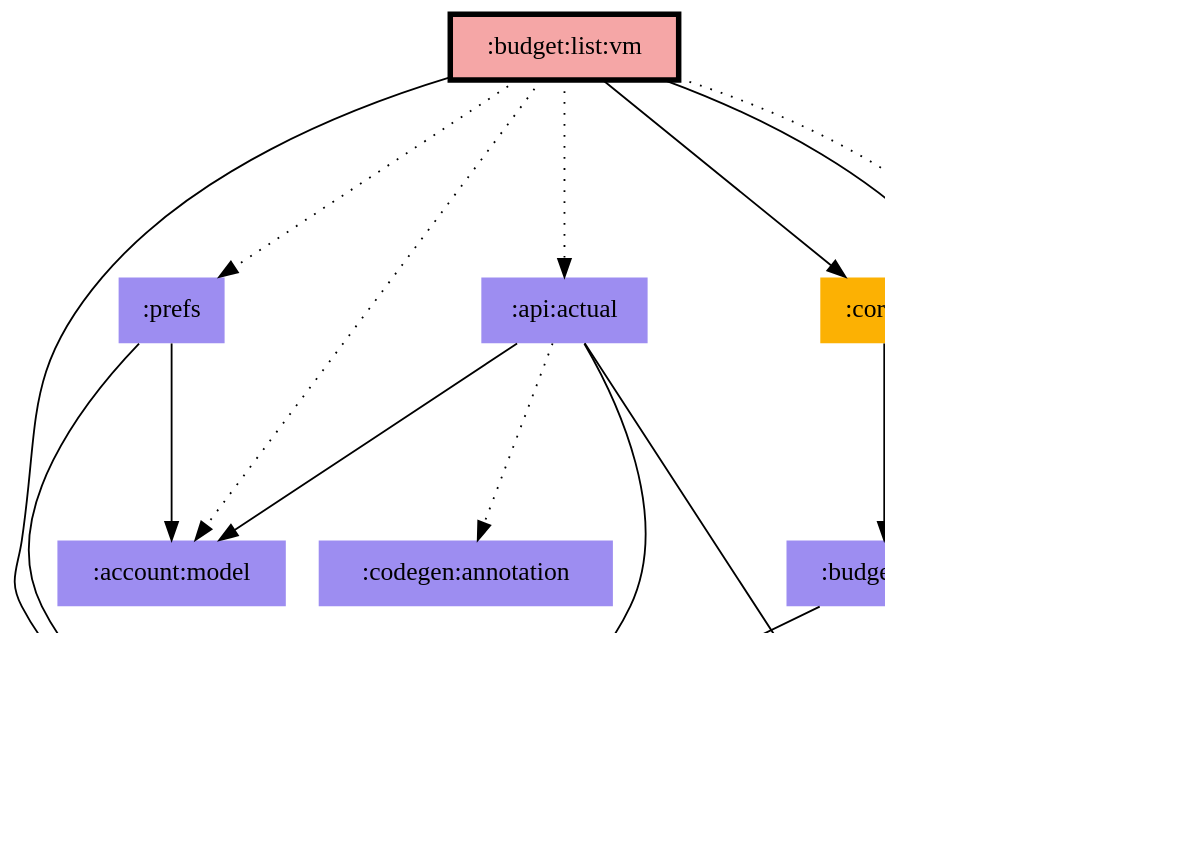
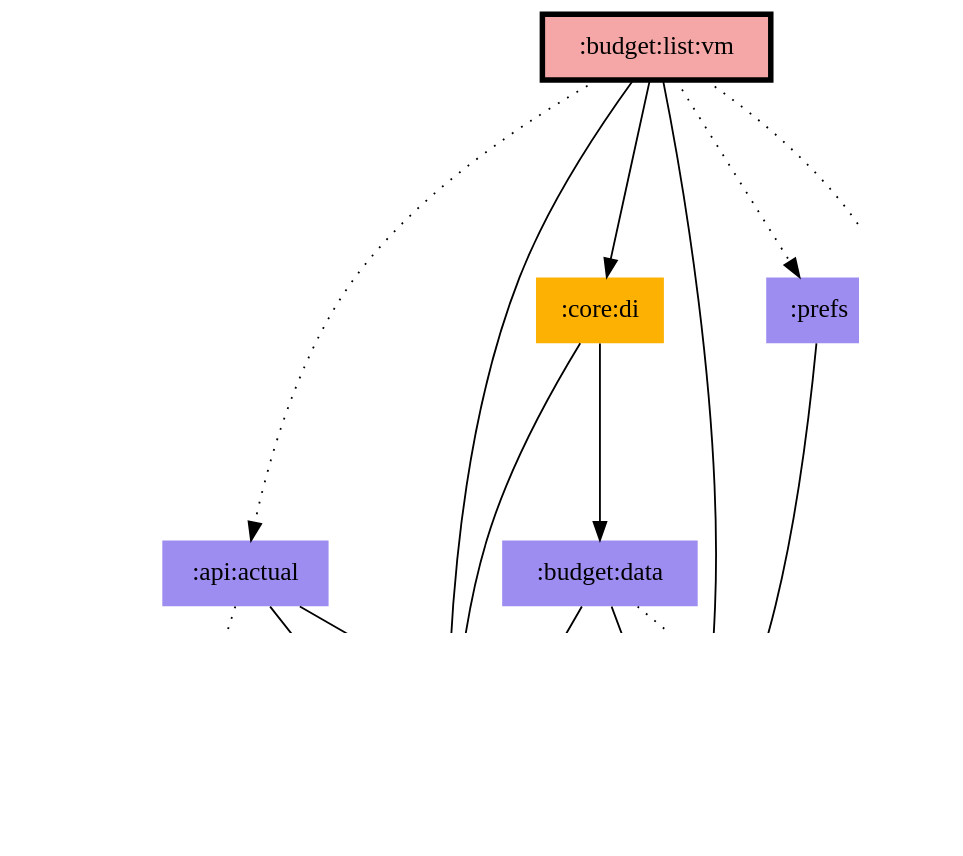
One commit to jonapoul/aktual changed the diagram in modules/budget/list/vm/modules.dot. Above: the diagram before and after it, drawn with Graphviz. The commit also changed 41 other files, not shown here.

Commit message:
Diagrams

```diff
--- a/modules/budget/list/vm/modules.dot
+++ b/modules/budget/list/vm/modules.dot
@@ -1,33 +1,29 @@
 digraph {
 edge ["dir"="forward"]
 graph ["dpi"="100","fontsize"="30","ranksep"="1.5","rankdir"="TB"]
 node ["style"="filled"]
-":account:model" ["fillcolor"="#9D8DF1","shape"="none"]
 ":api:actual" ["fillcolor"="#9D8DF1","shape"="none"]
 ":budget:data" ["fillcolor"="#9D8DF1","shape"="none"]
 ":budget:list:vm" ["fillcolor"="#F5A6A6","color"="black","penwidth"="3","shape"="box"]
 ":budget:model" ["fillcolor"="#9D8DF1","shape"="none"]
 ":codegen:annotation" ["fillcolor"="#9D8DF1","shape"="none"]
 ":core:di" ["fillcolor"="#FCB103","shape"="none"]
 ":core:model" ["fillcolor"="#9D8DF1","shape"="none"]
 ":logging" ["fillcolor"="#9D8DF1","shape"="none"]
 ":prefs" ["fillcolor"="#9D8DF1","shape"="none"]
-":api:actual" -> ":account:model"
 ":api:actual" -> ":budget:model"
 ":api:actual" -> ":codegen:annotation" ["style"="dotted"]
 ":api:actual" -> ":core:model"
 ":budget:data" -> ":budget:model"
 ":budget:data" -> ":core:model"
 ":budget:data" -> ":logging" ["style"="dotted"]
-":budget:list:vm" -> ":account:model" ["style"="dotted"]
 ":budget:list:vm" -> ":api:actual" ["style"="dotted"]
 ":budget:list:vm" -> ":budget:model"
 ":budget:list:vm" -> ":core:di"
 ":budget:list:vm" -> ":core:model"
 ":budget:list:vm" -> ":logging" ["style"="dotted"]
 ":budget:list:vm" -> ":prefs" ["style"="dotted"]
 ":core:di" -> ":budget:data"
 ":core:di" -> ":budget:model"
-":prefs" -> ":account:model"
 ":prefs" -> ":core:model"
 }
```
